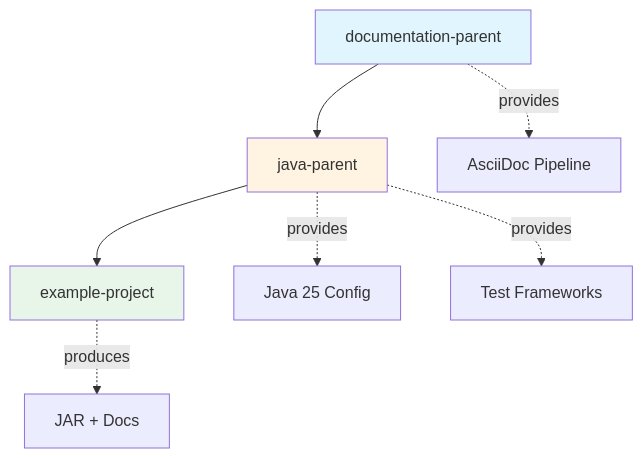
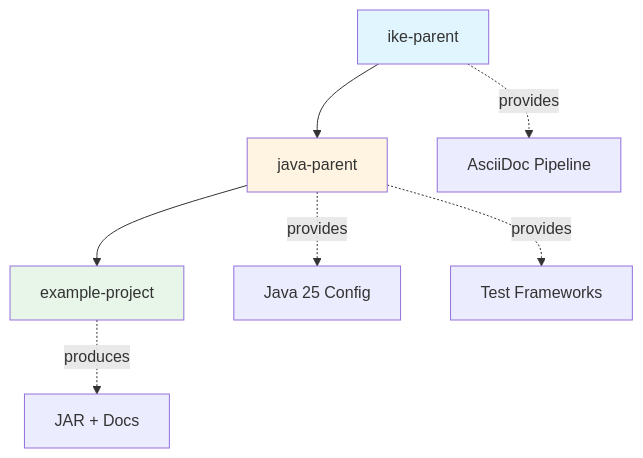
One commit to IKE-Network/ike-pipeline changed the first of 2 diagrams in example-project/src/docs/asciidoc/chapters/architecture.adoc. Above: the diagram before and after it, drawn with Mermaid. The commit also changed 59 other files, not shown here.

```diff
--- a/example-project/src/docs/asciidoc/chapters/architecture.adoc
+++ b/example-project/src/docs/asciidoc/chapters/architecture.adoc
@@ -39,15 +39,15 @@
 [mermaid]
 ....
 graph TB
-    A[documentation-parent] --> B[java-parent]
+    A[ike-parent] --> B[java-parent]
     B --> C[example-project]
     
     A -.provides.-> D[AsciiDoc Pipeline]
     B -.provides.-> E[Java 25 Config]
     B -.provides.-> F[Test Frameworks]
     C -.produces.-> G[JAR + Docs]
     
     style A fill:#e1f5ff
     style B fill:#fff4e1
     style C fill:#e8f5e9
 ....
```
